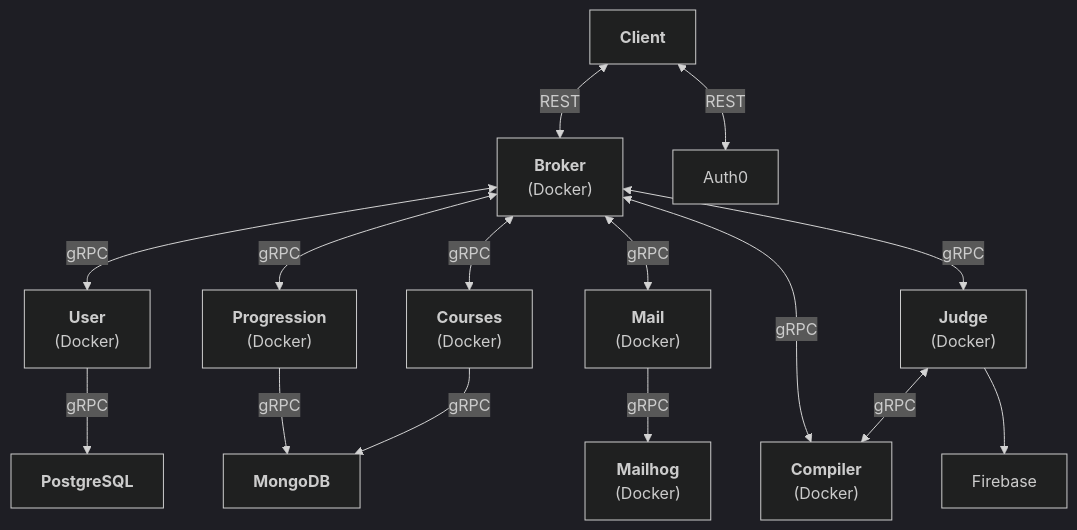
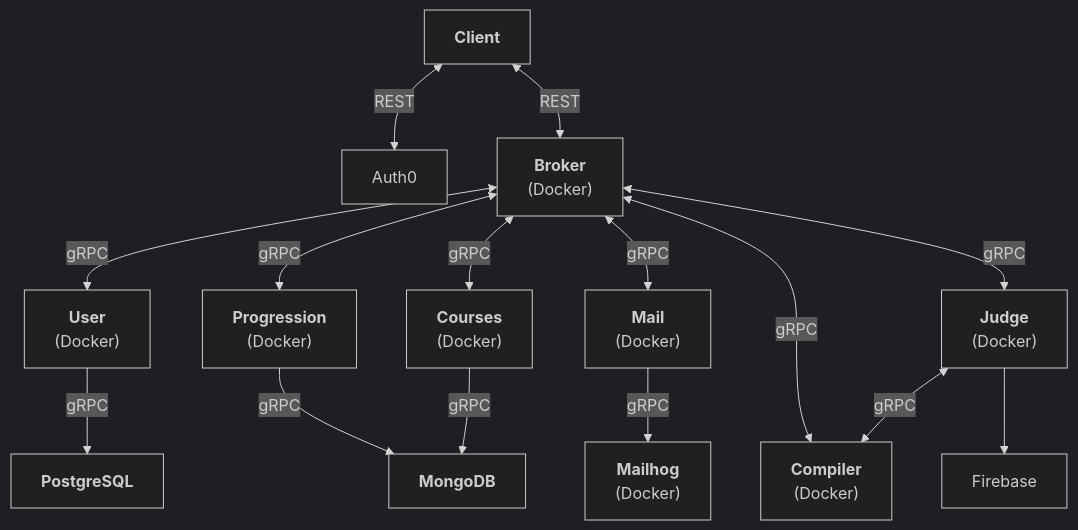
One commit to abyanmajid/picco changed the diagram in README.md. Above: the diagram before and after it, drawn with Mermaid (dark theme).

Commit message:
refactor: readme.md

````diff
--- a/README.md
+++ b/README.md
@@ -23,18 +23,17 @@
 ```mermaid
 graph TD
-    Client
+    Client <--> |REST| Auth0
     Client["<b>Client</b>"] <-->|REST| Broker["<b>Broker</b><br>(Docker)"]
-    Client <--> |REST| Auth0
     Broker <-->|gRPC| User["<b>User</b><br>(Docker)"]
     Broker <-->|gRPC| Courses["<b>Courses</b><br>(Docker)"]
     Broker <-->|gRPC| Progression["<b>Progression</b><br>(Docker)"]
     Broker <-->|gRPC| Mail["<b>Mail</b><br>(Docker)"]
     Broker <-->|gRPC| Judge["<b>Judge</b><br>(Docker)"]
     Judge <-->|gRPC| Compiler
     Judge --> Firebase
     Broker <-->|gRPC| Compiler["<b>Compiler</b><br>(Docker)"]
     User -->|gRPC| PostgreSQL["<b>PostgreSQL</b>"]
     Courses --> |gRPC| MongoDB["<b>MongoDB</b>"]
     Progression --> |gRPC| MongoDB["<b>MongoDB</b>"]
     Mail -->|gRPC| Mailhog["<b>Mailhog</b><br>(Docker)"]
 ```
````
